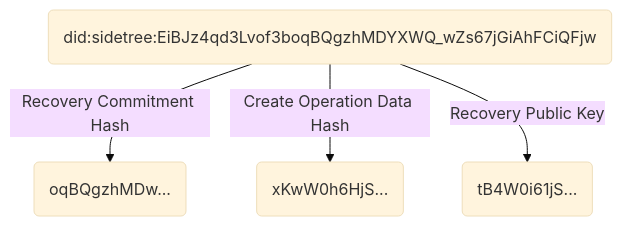
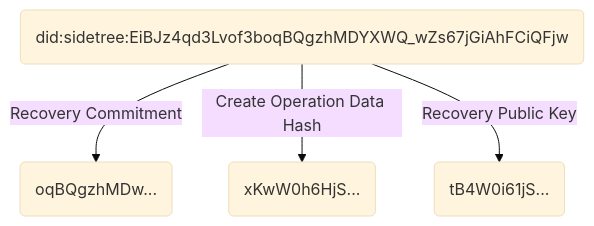
The diagram in docs/spec/markdown/unique-suffix.md (decentralized-identity/sidetree), drawn with Mermaid (base theme) before and after one commit. The commit also changed other lines of this file and 9 other files, not shown here.

````diff
--- a/docs/spec/markdown/unique-suffix.md
+++ b/docs/spec/markdown/unique-suffix.md
@@ -5,8 +5,8 @@
 ```mermaid
 graph TD
 
 ID(did:sidetree:EiBJz4qd3Lvof3boqBQgzhMDYXWQ_wZs67jGiAhFCiQFjw)
-ID -->|Recovery Commitment Hash| D(oqBQgzhMDw...)
+ID -->|Recovery Commitment| D(oqBQgzhMDw...)
 ID -->|Create Operation Data Hash| E(xKwW0h6HjS...)
 ID -->|Recovery Public Key| F(tB4W0i61jS...)
 ```
````
